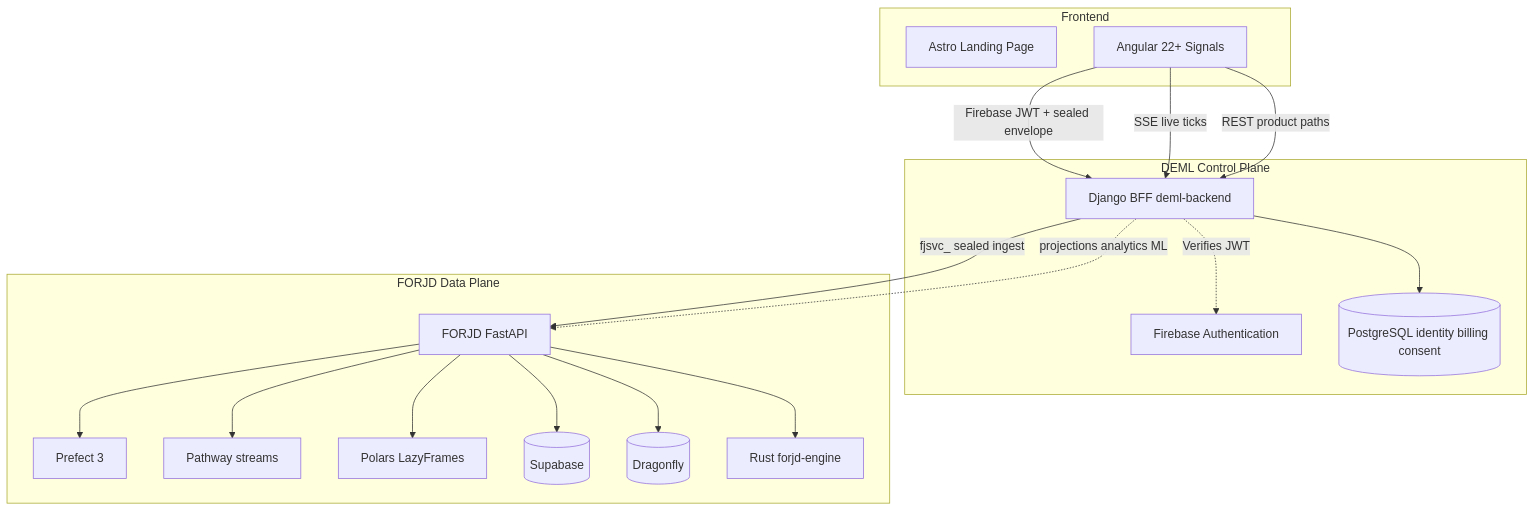
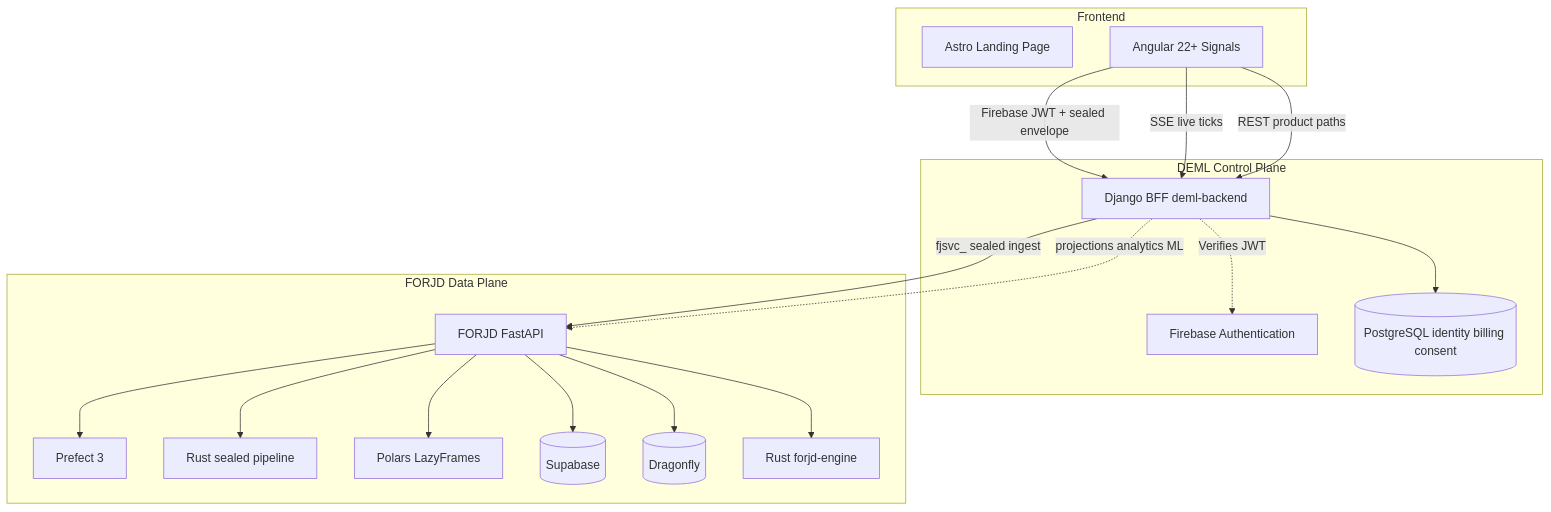
The diagram in marketing/src/assets/content/whitepaper.md (dataengineeringformachinelearning/dataengineeringformachinelearning), drawn with Mermaid before and after one commit. The commit also changed other lines of this file and 16 other files, not shown here.

````diff
--- a/marketing/src/assets/content/whitepaper.md
+++ b/marketing/src/assets/content/whitepaper.md
@@ -116,37 +116,37 @@
 ```mermaid
 flowchart TB
  subgraph Frontend
  L[Astro Landing Page]
  A[Angular 22+ Signals]
  end
 
  subgraph "DEML Control Plane"
  C[Firebase Authentication]
  B[Django BFF deml-backend]
  PG[(PostgreSQL identity billing consent)]
  B -.->|Verifies JWT| C
  B --> PG
  end
 
  subgraph "FORJD Data Plane"
  FJ[FORJD FastAPI]
  PREF[Prefect 3]
- PATH[Pathway streams]
+ PATH[Rust sealed pipeline]
  POL[Polars LazyFrames]
  SB[(Supabase)]
  DF[(Dragonfly)]
  ENG[Rust forjd-engine]
  end
 
  A -->|Firebase JWT + sealed envelope| B
  A -->|SSE live ticks| B
  B -->|fjsvc_ sealed ingest| FJ
  FJ --> PREF
  FJ --> PATH
  FJ --> POL
  FJ --> SB
  FJ --> DF
  FJ --> ENG
  A -->|REST product paths| B
  B -.->|projections analytics ML| FJ
 ```
````
